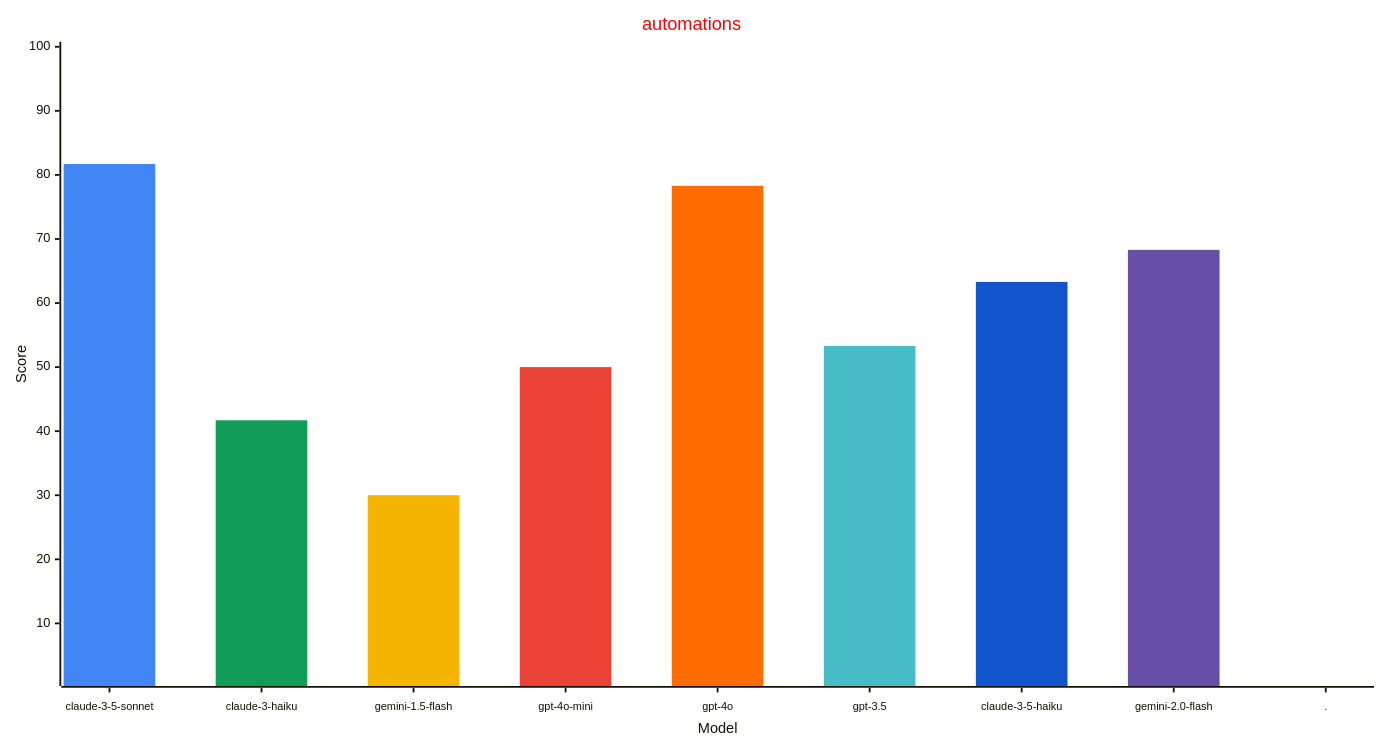
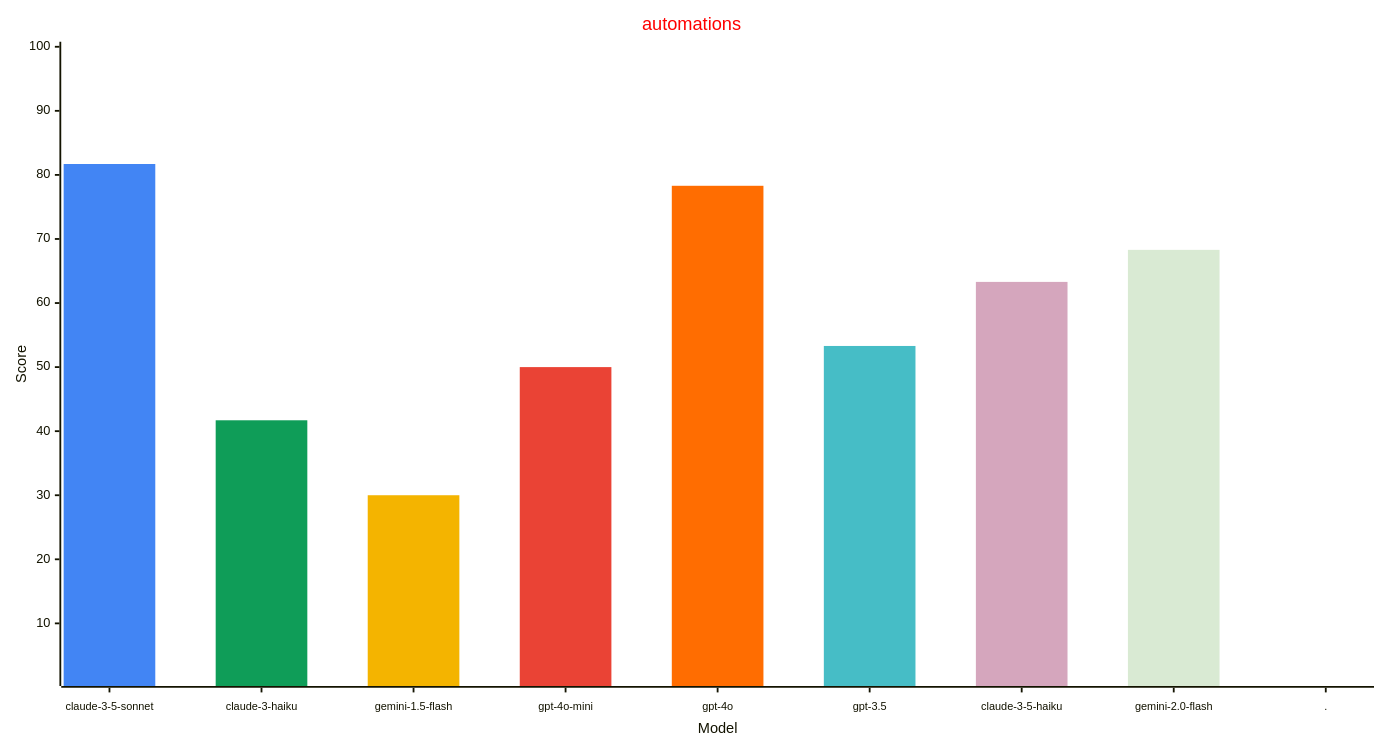
Before and after one commit to allenporter/home-assistant-datasets: the fourth of 4 diagrams in reports/README.md, drawn with Mermaid. The commit also changed other lines of this file and 83 other files, not shown here.

````diff
--- a/reports/README.md
+++ b/reports/README.md
@@ -191,29 +192,29 @@
 ```mermaid
 ---
 config:
     xyChart:
         width: 1500
         height: 800
         xAxis:
           labelFontSize: 12
           labelPadding: 8
     themeVariables:
         xyChart:
             titleColor: "#ff0000"
-            plotColorPalette: "#4285f4, #0f9d58, #f4b400, #ea4335, #ff6d01, #46bdc6, #1155cc, #674ea7, #4285f4"
+            plotColorPalette: "#4285f4, #0f9d58, #f4b400, #ea4335, #ff6d01, #46bdc6, #d5a6bd, #d9ead3, #4285f4"
 
 ---
 xychart-beta
   title "automations"
   x-axis "Model" [claude-3-5-sonnet, claude-3-haiku, gemini-1.5-flash, gpt-4o-mini, gpt-4o, gpt-3.5, claude-3-5-haiku, gemini-2.0-flash, .]
   y-axis "Score" 1 --> 100
   bar [81.7, 0.0, 0.0, 0.0, 0.0, 0.0, 0.0, 0.0, 0.0]
   bar [0.0, 41.7, 0.0, 0.0, 0.0, 0.0, 0.0, 0.0, 0.0]
   bar [0.0, 0.0, 30.0, 0.0, 0.0, 0.0, 0.0, 0.0, 0.0]
   bar [0.0, 0.0, 0.0, 50.0, 0.0, 0.0, 0.0, 0.0, 0.0]
   bar [0.0, 0.0, 0.0, 0.0, 78.3, 0.0, 0.0, 0.0, 0.0]
   bar [0.0, 0.0, 0.0, 0.0, 0.0, 53.3, 0.0, 0.0, 0.0]
   bar [0.0, 0.0, 0.0, 0.0, 0.0, 0.0, 63.3, 0.0, 0.0]
   bar [0.0, 0.0, 0.0, 0.0, 0.0, 0.0, 0.0, 68.3, 0.0]
   bar [0.0, 0.0, 0.0, 0.0, 0.0, 0.0, 0.0, 0.0, -1.0]
 ```
````
